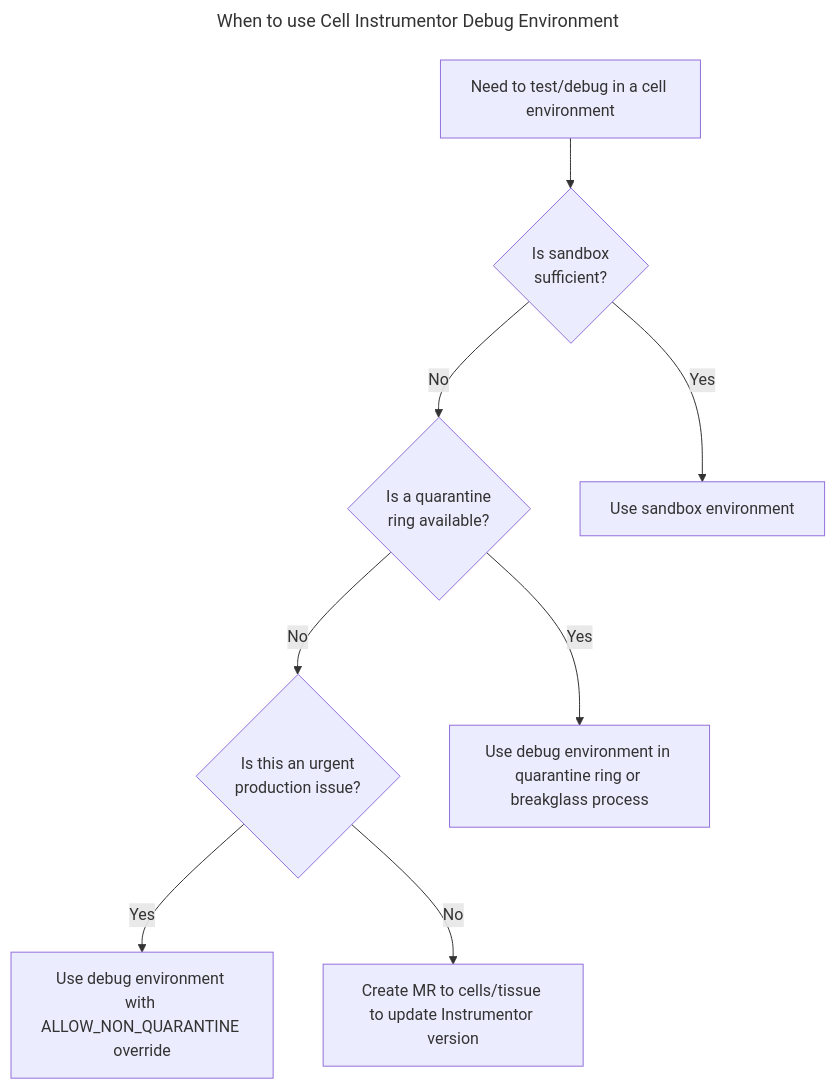
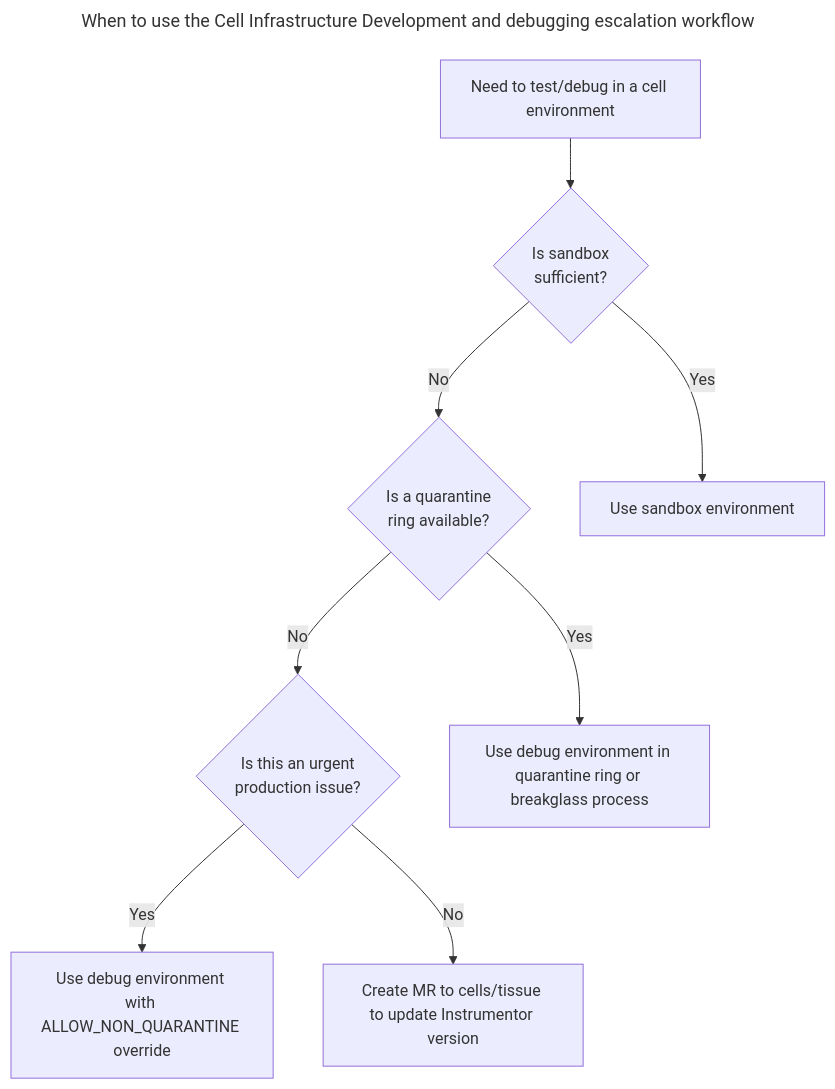
One commit to mattrussi/gitlab-com-runbooks changed the first of 2 diagrams in docs/cells/infra-development.md. Above: the diagram before and after it, drawn with Mermaid. The commit also changed other lines of this file and 2 other files, not shown here.

````diff
--- a/docs/cells/infra-development.md
+++ b/docs/cells/infra-development.md
@@ -18,32 +18,32 @@
 ```mermaid
 ---
-title: When to use Cell Instrumentor Debug Environment
+title: When to use the Cell Infrastructure Development and debugging escalation workflow
 ---
 flowchart TD
     start[Need to test/debug in a cell environment]
 
     is_sandbox{Is sandbox
     sufficient?}
 
     is_quarantine{Is a quarantine
     ring available?}
 
     is_urgent{Is this an urgent
     production issue?}
 
     sandbox[Use sandbox environment]
     debug_quarantine[Use debug environment in quarantine ring or breakglass process]
     debug_non_quarantine[Use debug environment with ALLOW_NON_QUARANTINE override]
     create_mr[Create MR to cells/tissue to update Instrumentor version]
 
     start-->is_sandbox
 
     is_sandbox-->|Yes|sandbox
     is_sandbox-->|No|is_quarantine
 
     is_quarantine-->|Yes|debug_quarantine
     is_quarantine-->|No|is_urgent
 
     is_urgent-->|Yes|debug_non_quarantine
     is_urgent-->|No|create_mr
 ```
````
